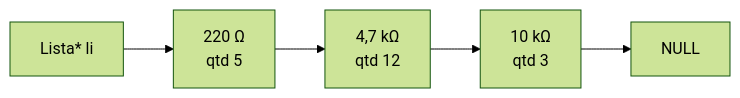
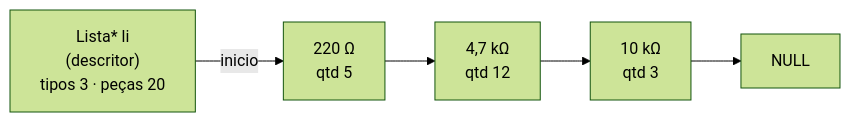
Before and after one commit to 0chambo/OhmFlow: the first of 8 diagrams in README.md, drawn with Mermaid (forest theme). The commit also changed other lines of this file and 8 other files, not shown here.

First line of the commit message:
refactor(lista): no descritor, localiza por ponteiro duplo e chave canonica

````diff
--- a/README.md
+++ b/README.md
@@ -59,7 +61,7 @@
 ```mermaid
 flowchart LR
-    LI["Lista* li"] --> A["220 Ω<br/>qtd 5"]
+    LI["Lista* li<br/>(descritor)<br/>tipos 3 · peças 20"] -- inicio --> A["220 Ω<br/>qtd 5"]
     A --> B["4,7 kΩ<br/>qtd 12"]
     B --> C["10 kΩ<br/>qtd 3"]
     C --> N["NULL"]
 ```
````
